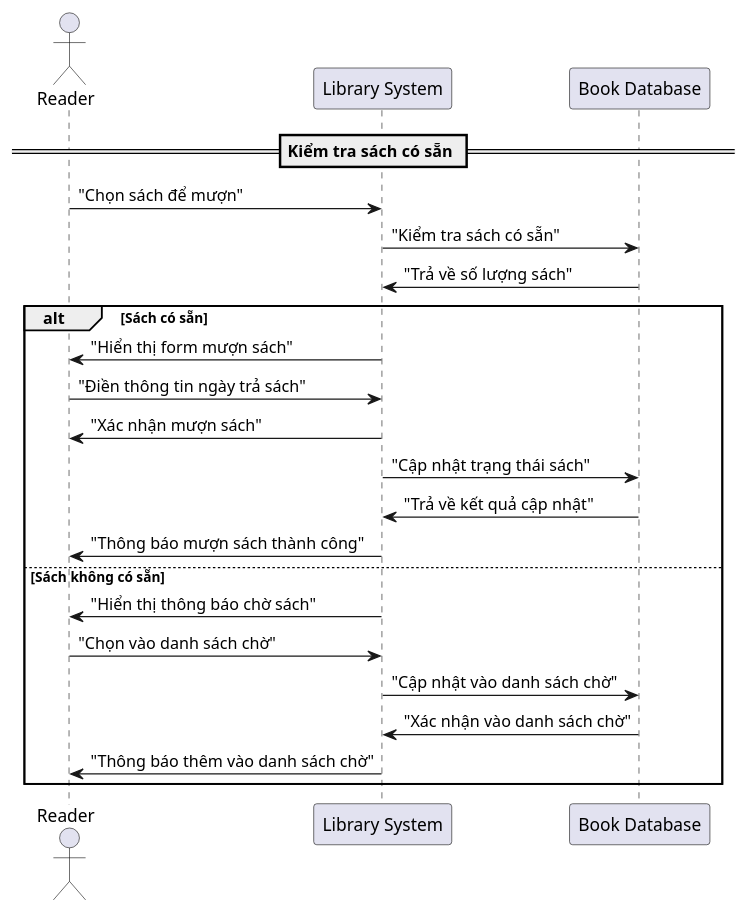
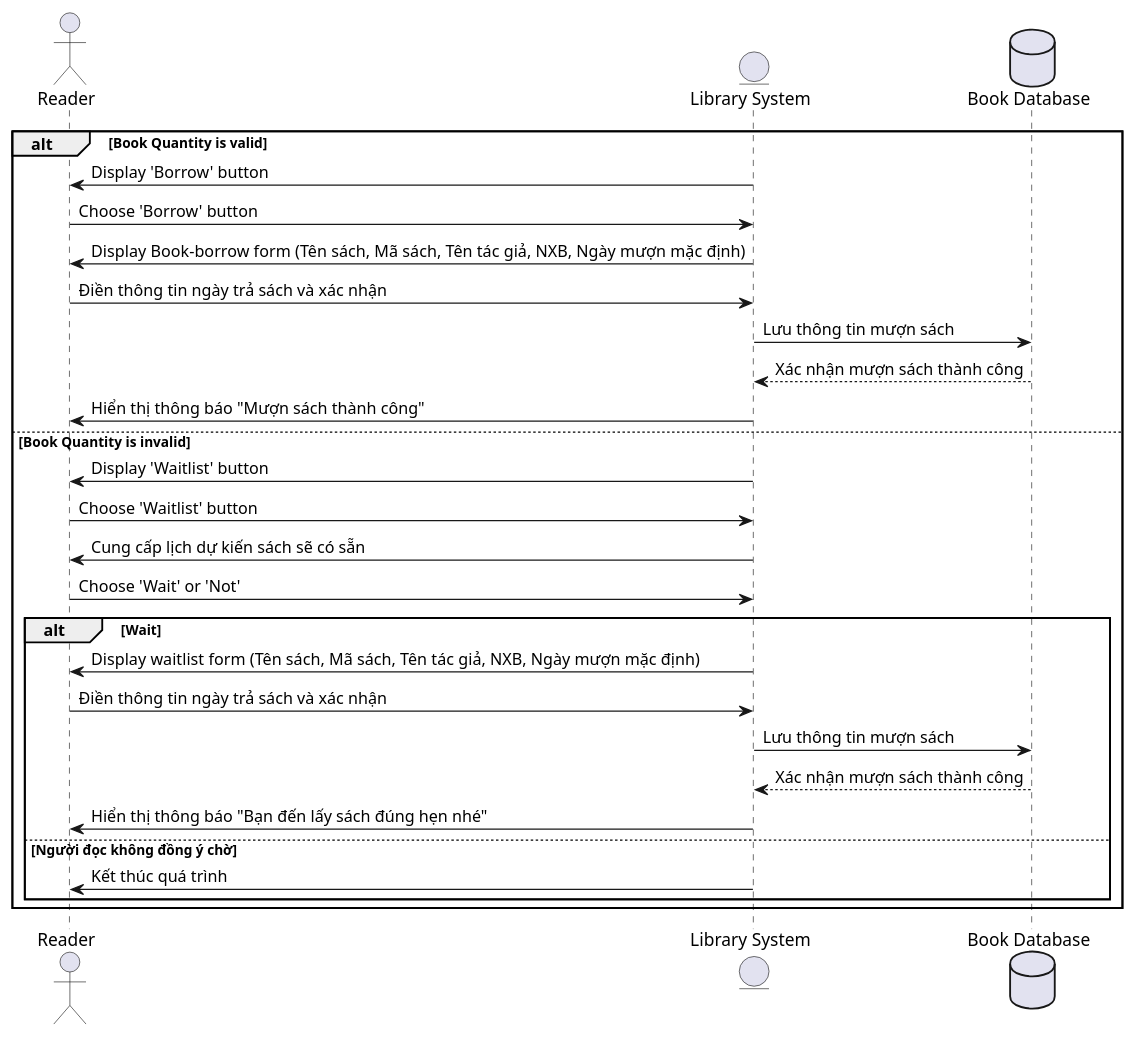
Before and after one commit to DaniGDSC/Diagram: the diagram in use_case/Reader/sequence/borrow_book.puml, drawn with PlantUML. The commit also changed 3 other files, not shown here.

```diff
--- a/use_case/Reader/sequence/borrow_book.puml
+++ b/use_case/Reader/sequence/borrow_book.puml
@@ -1,26 +1,31 @@
 @startuml
 actor "Reader" as reader
-participant "Library System" as system
-participant "Book Database" as db
+entity "Library System" as system
+database "Book Database" as db
 
-== Kiểm tra sách có sẵn ==
-reader -> system : "Chọn sách để mượn"
-system -> db : "Kiểm tra sách có sẵn"
-db -> system : "Trả về số lượng sách"
+alt Book Quantity is valid
+system -> reader : Display 'Borrow' button
+reader -> system : Choose 'Borrow' button
+system -> reader : Display Book-borrow form (Tên sách, Mã sách, Tên tác giả, NXB, Ngày mượn mặc định)
+reader -> system : Điền thông tin ngày trả sách và xác nhận
+system -> db : Lưu thông tin mượn sách
+db --> system : Xác nhận mượn sách thành công
+system -> reader : Hiển thị thông báo "Mượn sách thành công"
 
-alt Sách có sẵn
-  system -> reader : "Hiển thị form mượn sách"
-  reader -> system : "Điền thông tin ngày trả sách"
-  system -> reader : "Xác nhận mượn sách"
-  system -> db : "Cập nhật trạng thái sách"
-  db -> system : "Trả về kết quả cập nhật"
-  system -> reader : "Thông báo mượn sách thành công"
-else Sách không có sẵn
-  system -> reader : "Hiển thị thông báo chờ sách"
-  reader -> system : "Chọn vào danh sách chờ"
-  system -> db : "Cập nhật vào danh sách chờ"
-  db -> system : "Xác nhận vào danh sách chờ"
-  system -> reader : "Thông báo thêm vào danh sách chờ"
+else Book Quantity is invalid
+system -> reader : Display 'Waitlist' button
+reader -> system : Choose 'Waitlist' button
+system -> reader : Cung cấp lịch dự kiến sách sẽ có sẵn
+reader -> system : Choose 'Wait' or 'Not'
+alt Wait
+    system -> reader : Display waitlist form (Tên sách, Mã sách, Tên tác giả, NXB, Ngày mượn mặc định)
+    reader -> system : Điền thông tin ngày trả sách và xác nhận
+    system -> db : Lưu thông tin mượn sách
+    db --> system : Xác nhận mượn sách thành công
+    system -> reader : Hiển thị thông báo "Bạn đến lấy sách đúng hẹn nhé"
+else Người đọc không đồng ý chờ
+    system -> reader : Kết thúc quá trình
+end
 end
 
 @enduml
```
